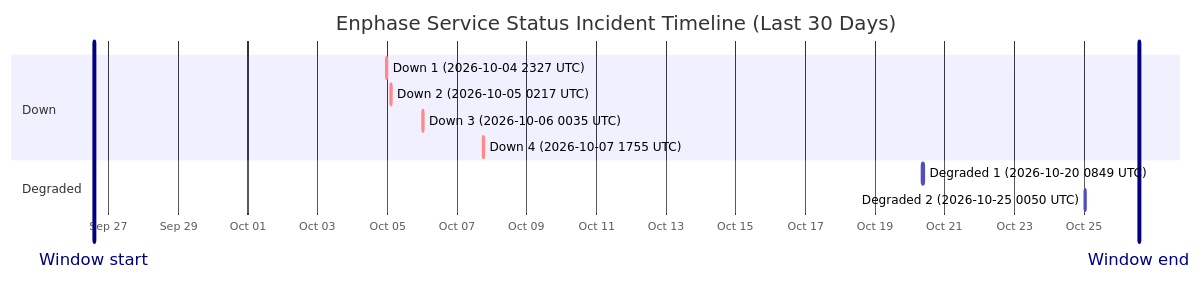
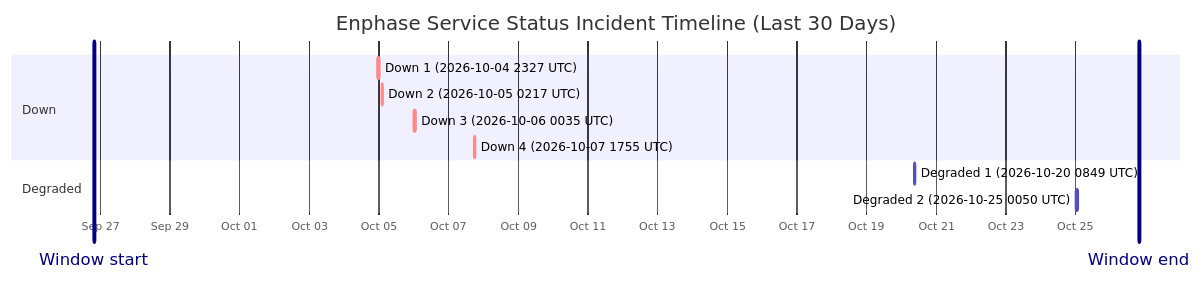
One commit to barneyonline/ha-enphase-energy changed the diagram in wiki/Service-Status-History.md. Above: the diagram before and after it, drawn with Mermaid. The commit also changed other lines of this file and 3 other files, not shown here.

````diff
--- a/wiki/Service-Status-History.md
+++ b/wiki/Service-Status-History.md
@@ -14,16 +14,16 @@
 ```mermaid
 gantt
     title Enphase Service Status Incident Timeline (Last 30 Days)
     dateFormat  YYYY-MM-DDTHH:mm:ss
     axisFormat  %b %d
-    Window start :vert, window-start, 2026-09-26T13:53:32, 0ms
-    Window end :vert, window-end, 2026-10-26T13:53:32, 0ms
+    Window start :vert, window-start, 2026-09-26T19:44:26, 0ms
+    Window end :vert, window-end, 2026-10-26T19:44:26, 0ms
     section Down
     Down 1 (2026-10-04 2327 UTC) :crit, down-1, 2026-10-04T23:27:34, 60m
     Down 2 (2026-10-05 0217 UTC) :crit, down-2, 2026-10-05T02:17:30, 60m
     Down 3 (2026-10-06 0035 UTC) :crit, down-3, 2026-10-06T00:35:21, 60m
     Down 4 (2026-10-07 1755 UTC) :crit, down-4, 2026-10-07T17:55:16, 60m
     section Degraded
     Degraded 1 (2026-10-20 0849 UTC) :active, degraded-1, 2026-10-20T08:49:49, 60m
     Degraded 2 (2026-10-25 0050 UTC) :active, degraded-2, 2026-10-25T00:50:01, 60m
 ```
````
